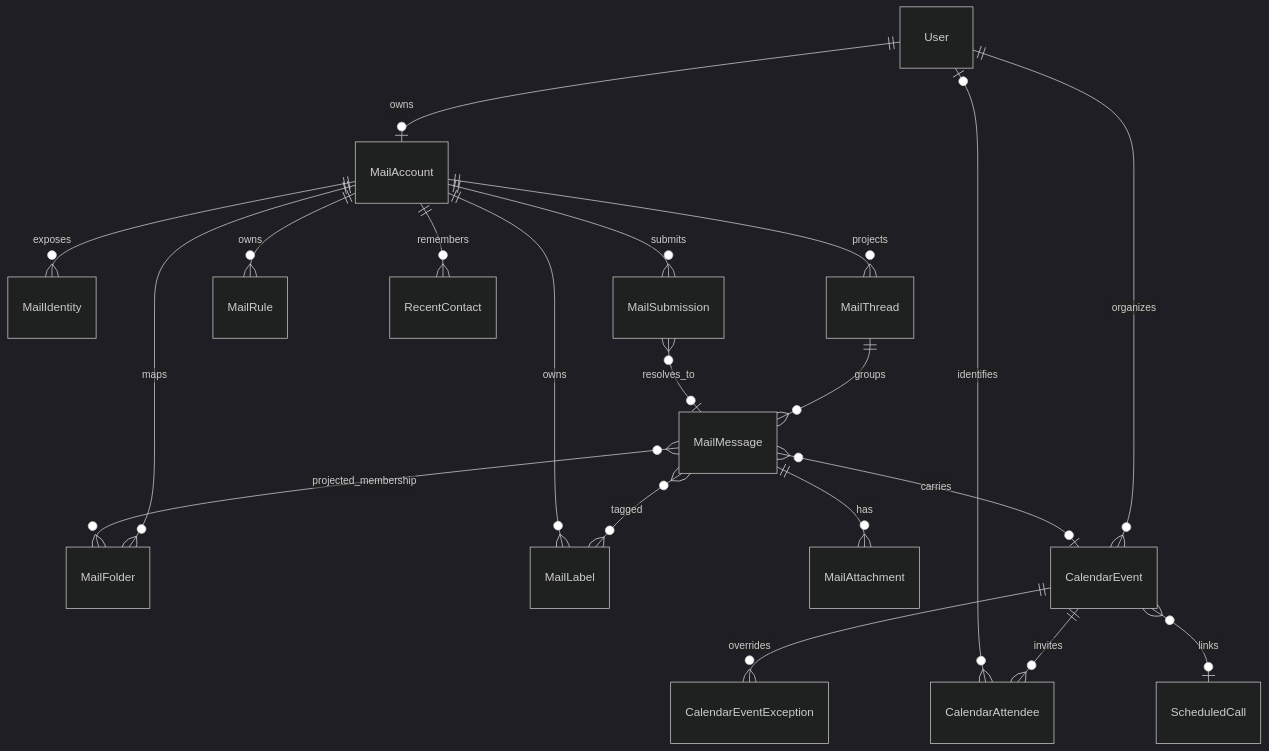
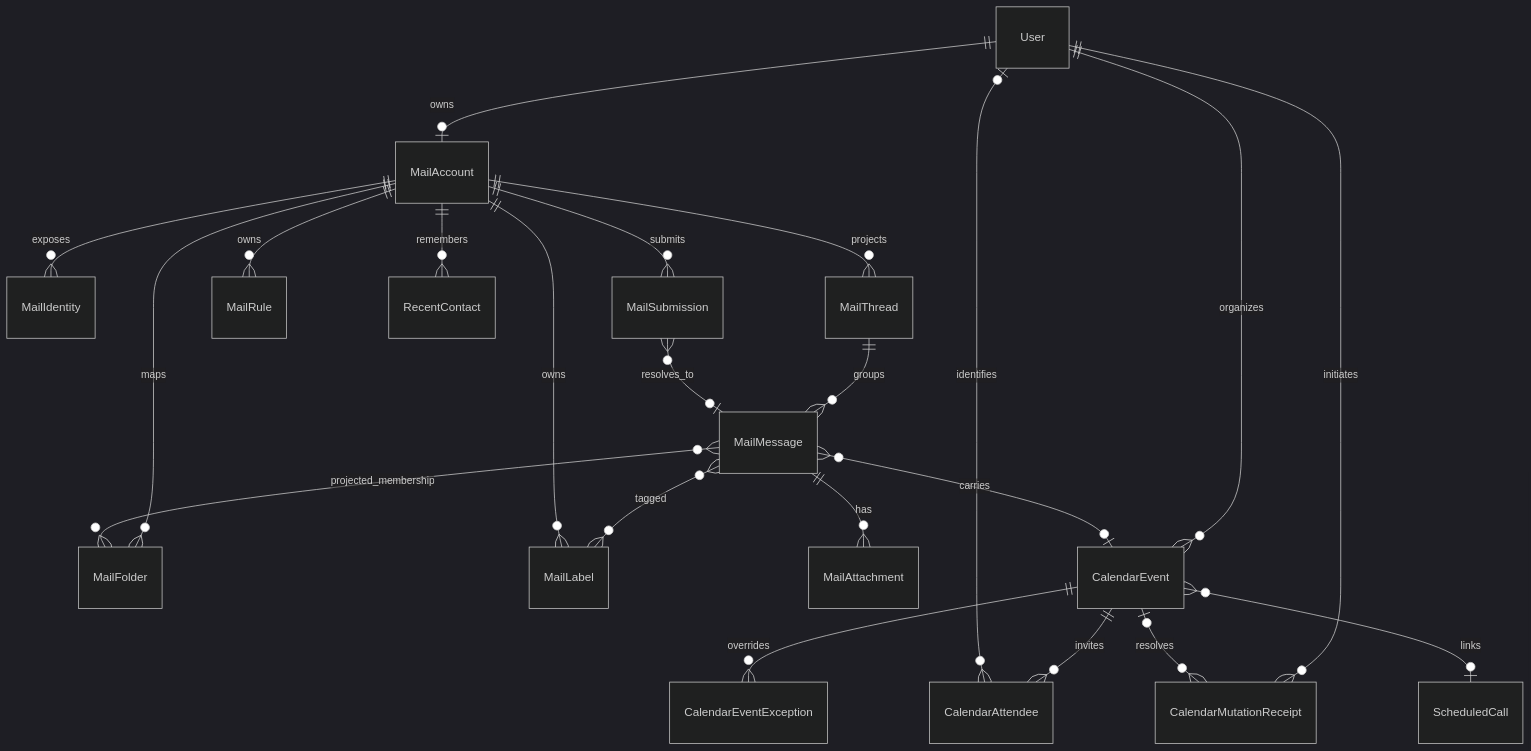
One commit to Valerijkk/hub changed the diagram in .planning/decisions/specs/MAIL-SPEC.md. Above: the diagram before and after it, drawn with Mermaid (dark theme). The commit also changed other lines of this file and 22 other files, not shown here.

````diff
--- a/.planning/decisions/specs/MAIL-SPEC.md
+++ b/.planning/decisions/specs/MAIL-SPEC.md
@@ -44,22 +48,24 @@
 ```mermaid
 erDiagram
     User ||--o| MailAccount : owns
     MailAccount ||--o{ MailIdentity : exposes
     MailAccount ||--o{ MailFolder : maps
     MailAccount ||--o{ MailThread : projects
     MailThread ||--o{ MailMessage : groups
     MailMessage }o--o{ MailFolder : projected_membership
     MailMessage }o--o{ MailLabel : tagged
     MailMessage ||--o{ MailAttachment : has
     MailAccount ||--o{ MailLabel : owns
     MailAccount ||--o{ MailRule : owns
     MailAccount ||--o{ RecentContact : remembers
     MailAccount ||--o{ MailSubmission : submits
     MailSubmission }o--o| MailMessage : resolves_to
     User ||--o{ CalendarEvent : organizes
     CalendarEvent ||--o{ CalendarAttendee : invites
     CalendarEvent ||--o{ CalendarEventException : overrides
+    User ||--o{ CalendarMutationReceipt : initiates
+    CalendarEvent o|--o{ CalendarMutationReceipt : resolves
     CalendarEvent }o--o| ScheduledCall : links
     MailMessage }o--o| CalendarEvent : carries
     User o|--o{ CalendarAttendee : identifies
 ```
````
